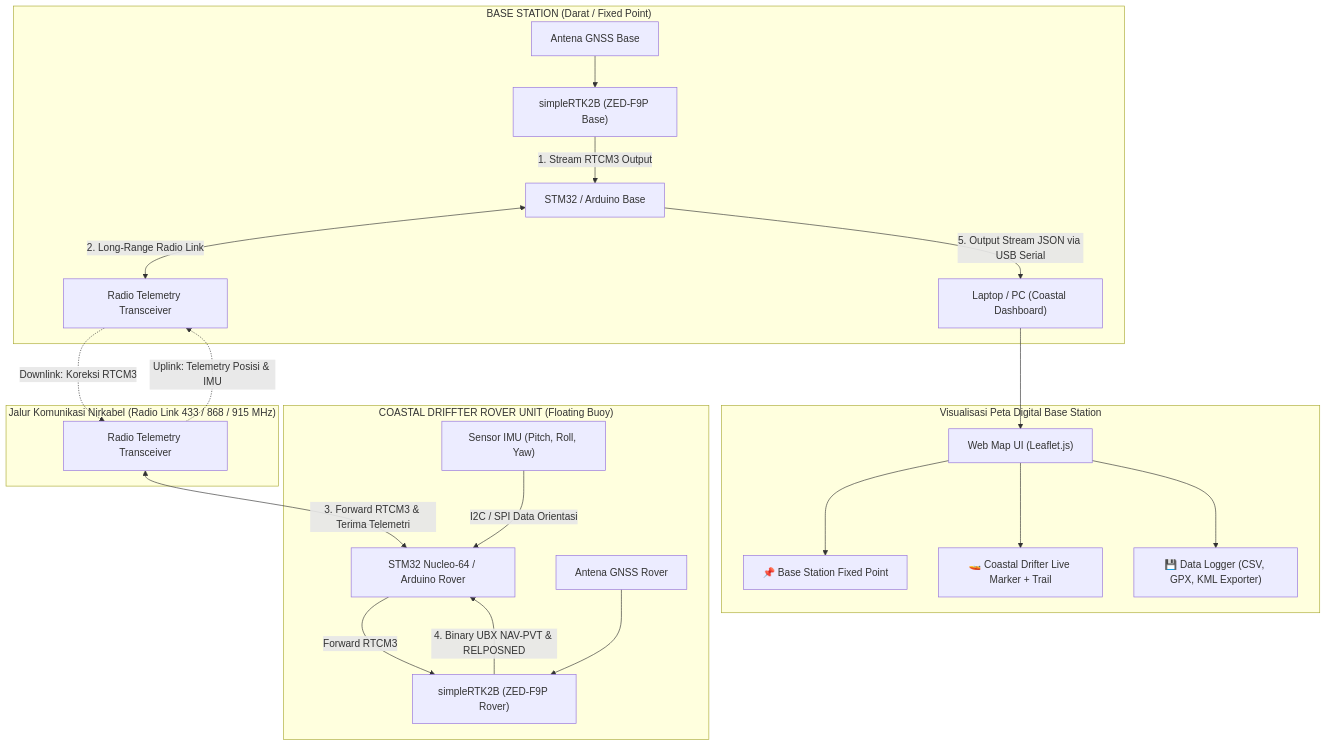
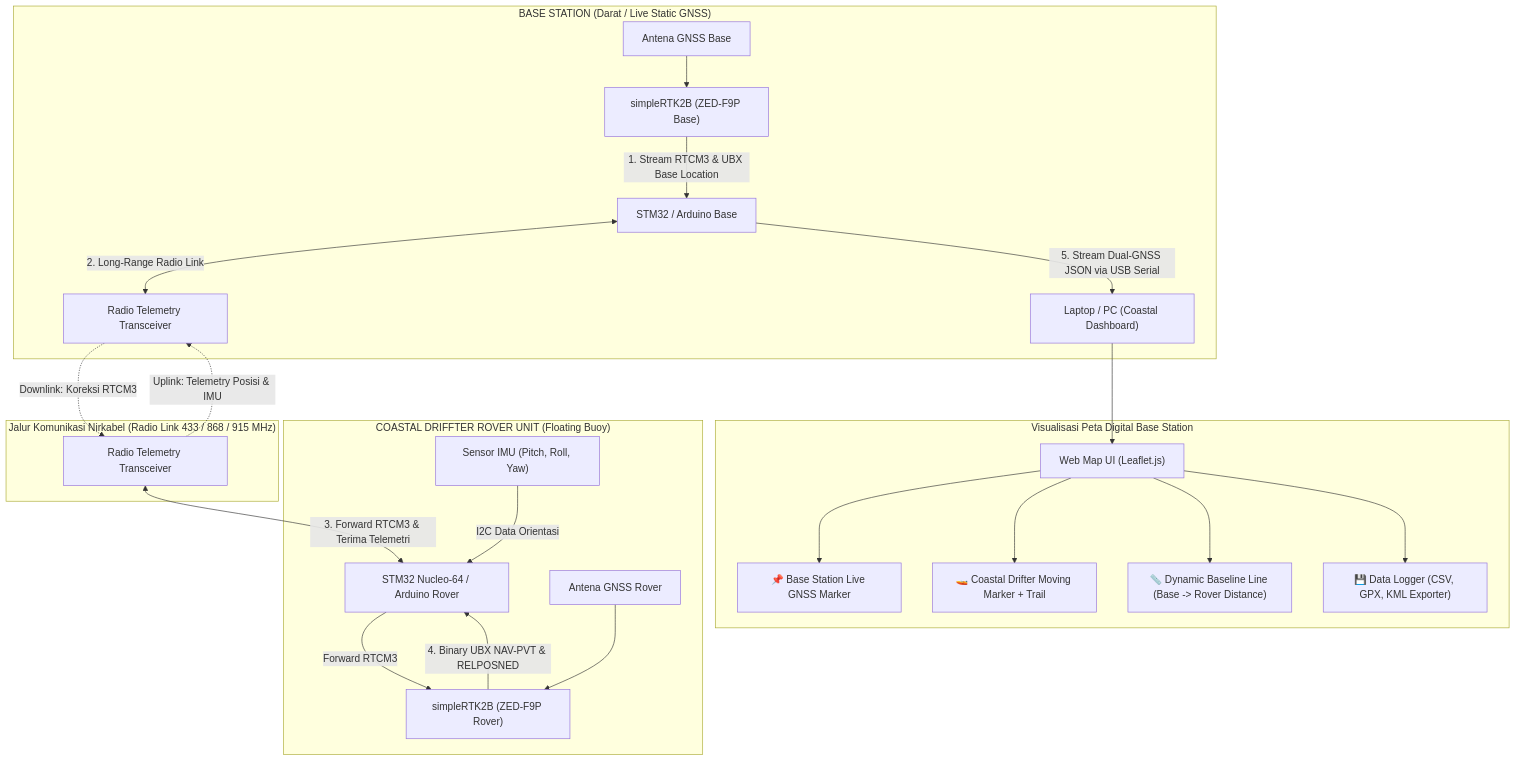
One commit to KevinAR-18/Coastal-Driffter changed the diagram in README.md. Above: the diagram before and after it, drawn with Mermaid. The commit also changed other lines of this file and 2 other files, not shown here.

Commit message:
feat(base): add live Base Station GNSS parsing and dual-location plotting (Base & Rover)

````diff
--- a/README.md
+++ b/README.md
@@ -22,29 +22,30 @@
 ```mermaid
 flowchart TD
-    subgraph Base_Station ["BASE STATION (Darat / Fixed Point)"]
+    subgraph Base_Station ["BASE STATION (Darat / Live Static GNSS)"]
         BS_Antenna["Antena GNSS Base"] --> BS_RTK["simpleRTK2B (ZED-F9P Base)"]
-        BS_RTK -->|1. Stream RTCM3 Output| STM32_Base["STM32 / Arduino Base"]
+        BS_RTK -->|1. Stream RTCM3 & UBX Base Location| STM32_Base["STM32 / Arduino Base"]
         STM32_Base <-->|2. Long-Range Radio Link| Radio_Base["Radio Telemetry Transceiver"]
-        STM32_Base -->|5. Output Stream JSON via USB Serial| Web_Dashboard["Laptop / PC (Coastal Dashboard)"]
+        STM32_Base -->|5. Stream Dual-GNSS JSON via USB Serial| Web_Dashboard["Laptop / PC (Coastal Dashboard)"]
     end
 
     subgraph Wireless_Link ["Jalur Komunikasi Nirkabel (Radio Link 433 / 868 / 915 MHz)"]
         Radio_Base -.->|Downlink: Koreksi RTCM3| Radio_Rover["Radio Telemetry Transceiver"]
         Radio_Rover -.->|Uplink: Telemetry Posisi & IMU| Radio_Base
     end
 
     subgraph Coastal_Drifter_Unit ["COASTAL DRIFFTER ROVER UNIT (Floating Buoy)"]
         Radio_Rover <-->|3. Forward RTCM3 & Terima Telemetri| MCU_Rover["STM32 Nucleo-64 / Arduino Rover"]
         MCU_Rover -->|Forward RTCM3| R_RTK["simpleRTK2B (ZED-F9P Rover)"]
         R_Antenna["Antena GNSS Rover"] --> R_RTK
         R_RTK -->|4. Binary UBX NAV-PVT & RELPOSNED| MCU_Rover
-        IMU_Sensor["Sensor IMU (Pitch, Roll, Yaw)"] -->|I2C / SPI Data Orientasi| MCU_Rover
+        IMU_Sensor["Sensor IMU (Pitch, Roll, Yaw)"] -->|I2C Data Orientasi| MCU_Rover
     end
 
     subgraph Map_Display ["Visualisasi Peta Digital Base Station"]
         Web_Dashboard --> Map_UI["Web Map UI (Leaflet.js)"]
-        Map_UI --> Base_Marker["📌 Base Station Fixed Point"]
-        Map_UI --> Rover_Marker["🚤 Coastal Drifter Live Marker + Trail"]
+        Map_UI --> Base_Marker["📌 Base Station Live GNSS Marker"]
+        Map_UI --> Rover_Marker["🚤 Coastal Drifter Moving Marker + Trail"]
+        Map_UI --> Baseline_Vector["📏 Dynamic Baseline Line (Base -> Rover Distance)"]
         Map_UI --> Data_Logger["💾 Data Logger (CSV, GPX, KML Exporter)"]
     end
 ```
````
